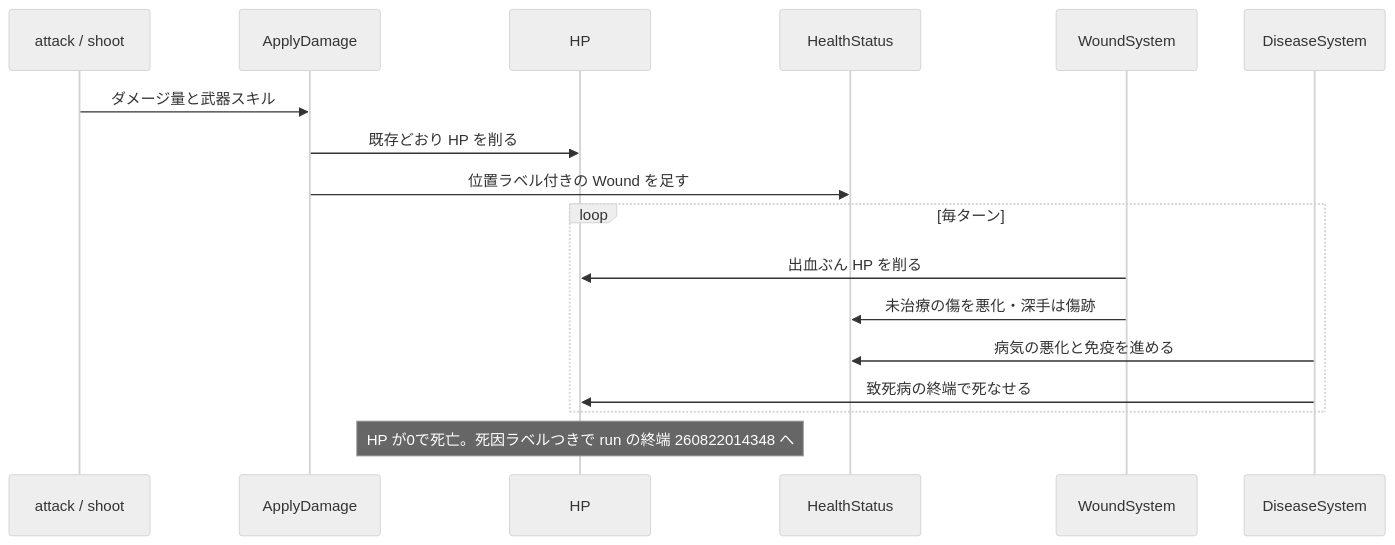
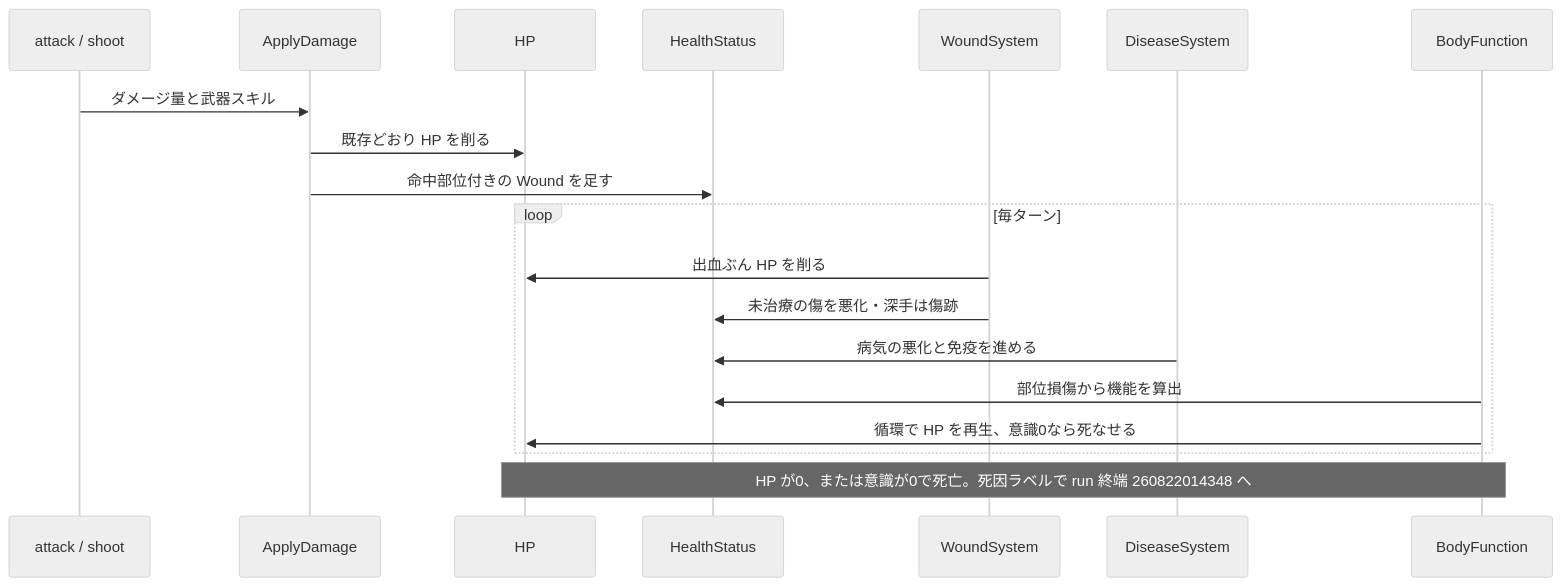
The second of 2 diagrams in docs/design/260821232324.md (kijimad/ruins), drawn with Mermaid (neutral theme) before and after one commit. The commit also changed other lines of this file and 1 other file, not shown here.

````diff
--- a/docs/design/260821232324.md
+++ b/docs/design/260821232324.md
@@ -102,20 +101,22 @@
 ```mermaid
 sequenceDiagram
     participant AT as attack / shoot
     participant AD as ApplyDamage
     participant HP as HP
     participant HS as HealthStatus
     participant WS as WoundSystem
     participant DS as DiseaseSystem
+    participant BF as BodyFunction
 
     AT->>AD: ダメージ量と武器スキル
     AD->>HP: 既存どおり HP を削る
-    AD->>HS: 位置ラベル付きの Wound を足す
+    AD->>HS: 命中部位付きの Wound を足す
     loop 毎ターン
         WS->>HP: 出血ぶん HP を削る
         WS->>HS: 未治療の傷を悪化・深手は傷跡
         DS->>HS: 病気の悪化と免疫を進める
-        DS->>HP: 致死病の終端で死なせる
+        BF->>HS: 部位損傷から機能を算出
+        BF->>HP: 循環で HP を再生、意識0なら死なせる
     end
-    Note over HP: HP が0で死亡。死因ラベルつきで run の終端 260822014348 へ
+    Note over HP,BF: HP が0、または意識が0で死亡。死因ラベルで run 終端 260822014348 へ
 ```
````
